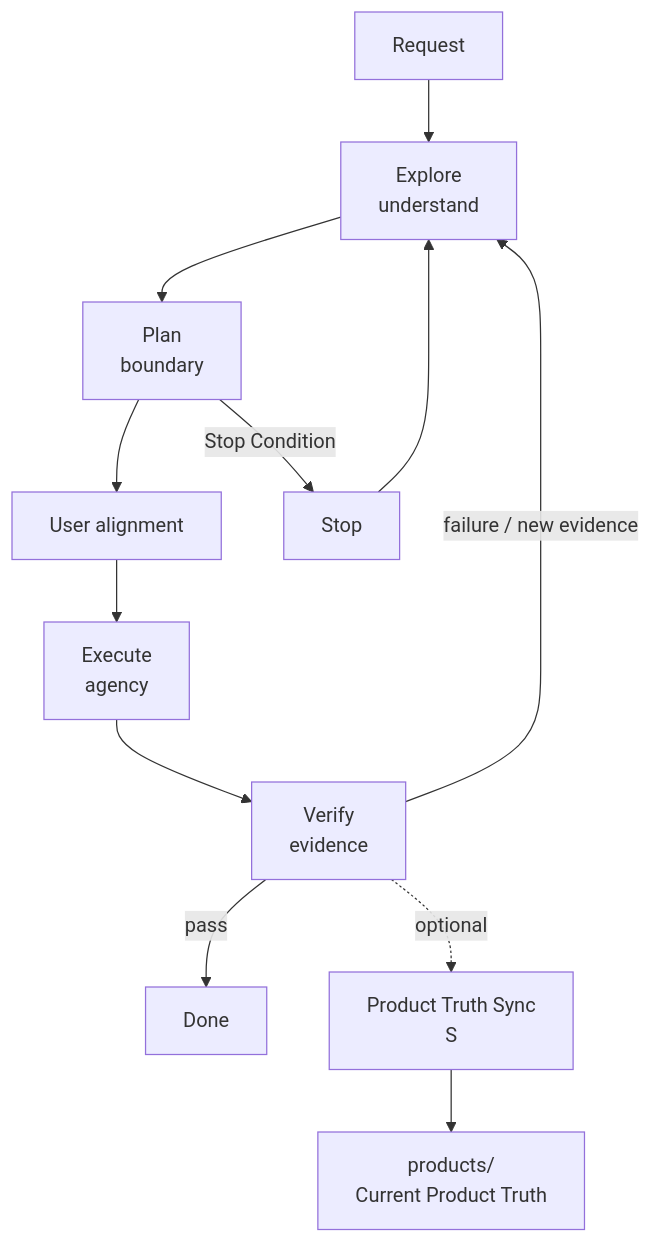
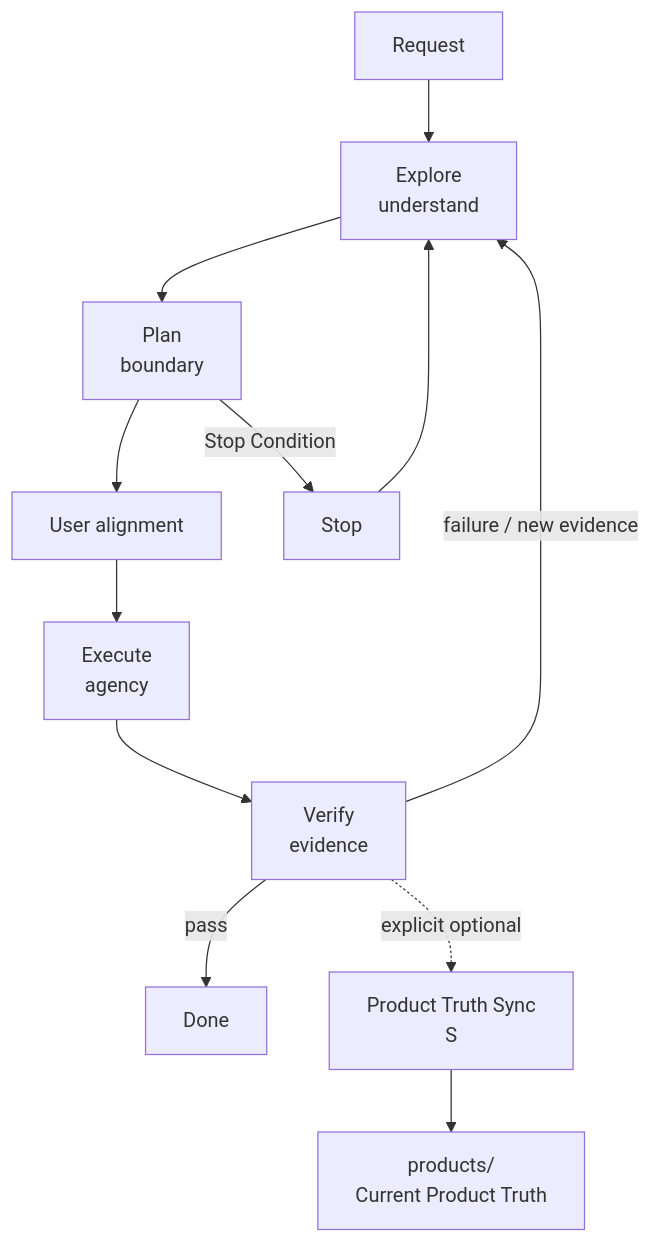
Before and after one commit to cnxutu/tu-engineering-workbench: the second of 9 diagrams in docs/workflows/engineering-task-loop/README.md, drawn with Mermaid. The commit also changed other lines of this file and 1 other file, not shown here.

First line of the commit message:
feat(流程图): 更新流程图1

````diff
--- a/docs/workflows/engineering-task-loop/README.md
+++ b/docs/workflows/engineering-task-loop/README.md
@@ -155,14 +155,14 @@
 ```mermaid
 flowchart TD
     REQUEST[Request] --> EXPLORE[Explore<br/>understand]
     EXPLORE --> PLAN[Plan<br/>boundary]
     PLAN --> ALIGN[User alignment]
     ALIGN --> EXECUTE[Execute<br/>agency]
     EXECUTE --> VERIFY[Verify<br/>evidence]
     VERIFY -->|pass| DONE[Done]
-    VERIFY -. optional .-> SYNC[Product Truth Sync<br/>S]
+    VERIFY -. explicit optional .-> SYNC[Product Truth Sync<br/>S]
     SYNC --> PRODUCTS[products/<br/>Current Product Truth]
     VERIFY -->|failure / new evidence| EXPLORE
     PLAN -->|Stop Condition| STOP[Stop]
     STOP --> EXPLORE
 ```
````
